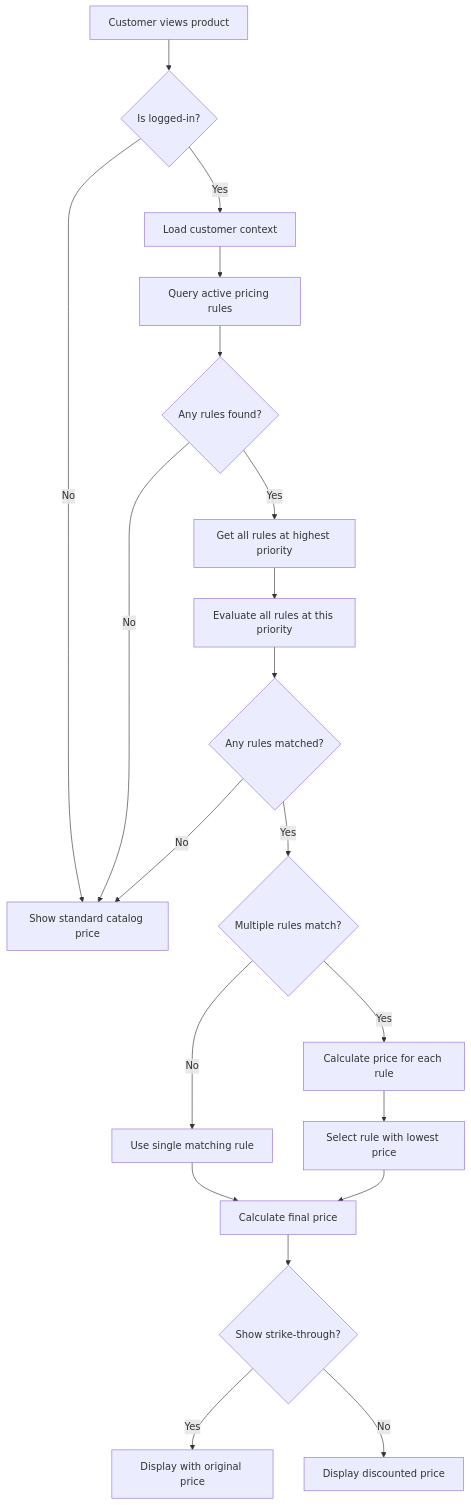
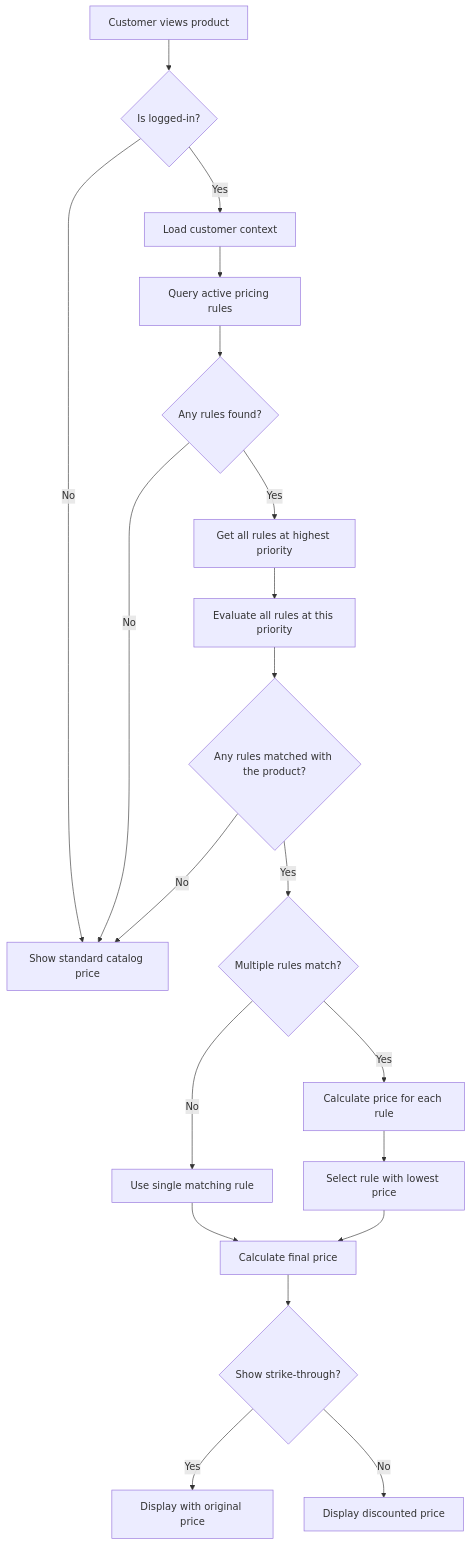
The second of 2 diagrams in products/extensions/b2b-components/individual-pricing/concepts/entities-and-workflow.md (shopware/docs), drawn with Mermaid before and after one commit.

Commit message:
chore: Individual Pricing documentation

````diff
--- a/products/extensions/b2b-components/individual-pricing/concepts/entities-and-workflow.md
+++ b/products/extensions/b2b-components/individual-pricing/concepts/entities-and-workflow.md
@@ -149,22 +149,22 @@
 ```mermaid
 flowchart TD
  A[Customer views product] --> B{Is logged-in?}
  B -->|No| C[Show standard catalog price]
  B -->|Yes| D[Load customer context]
  D --> E[Query active pricing rules]
  E --> F{Any rules found?}
  F -->|No| C
  F -->|Yes| G[Get all rules at highest priority]
  G --> H[Evaluate all rules at this priority]
- H --> I{Any rules matched?}
+ H --> I{Any rules matched with the product?}
  I -->|No| C
  I -->|Yes| J{Multiple rules match?}
  J -->|No| K[Use single matching rule]
  J -->|Yes| L[Calculate price for each rule]
  L --> M[Select rule with lowest price]
  K --> Q[Calculate final price]
  M --> Q
  Q --> R{Show strike-through?}
  R -->|Yes| S[Display with original price]
  R -->|No| T[Display discounted price]
 ```
````
